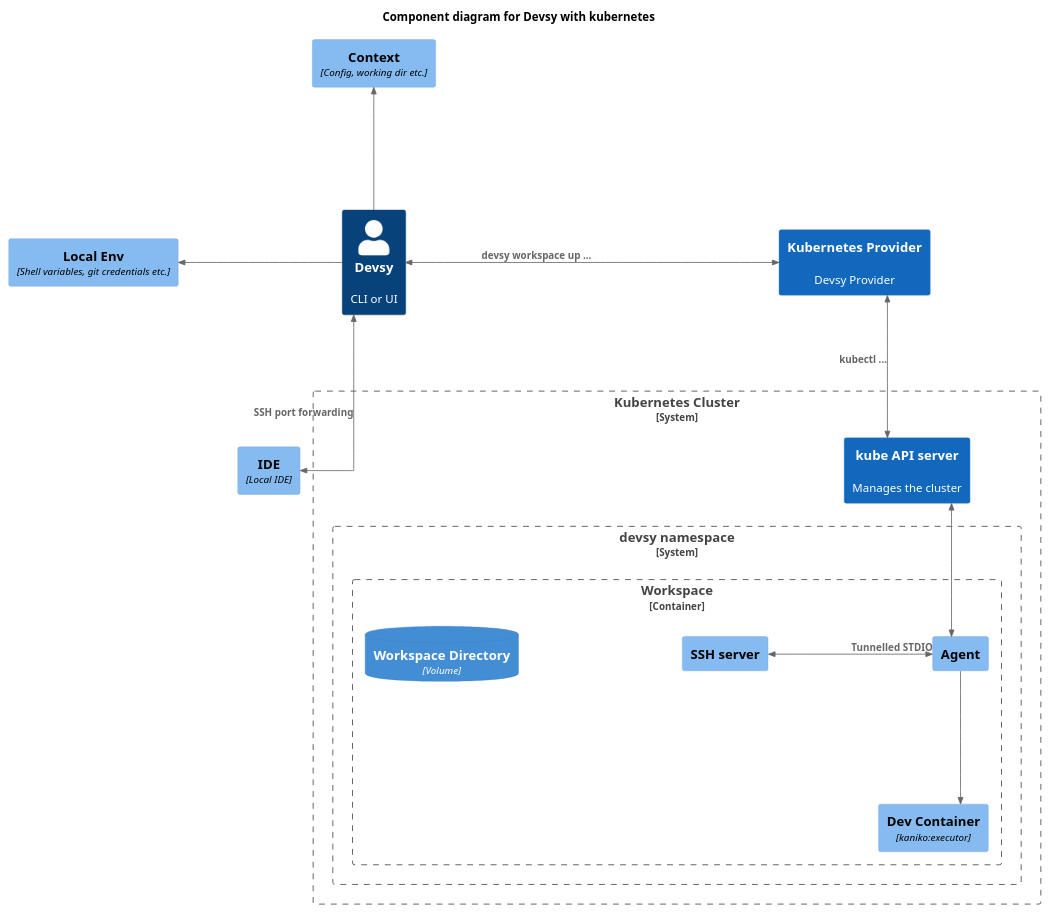
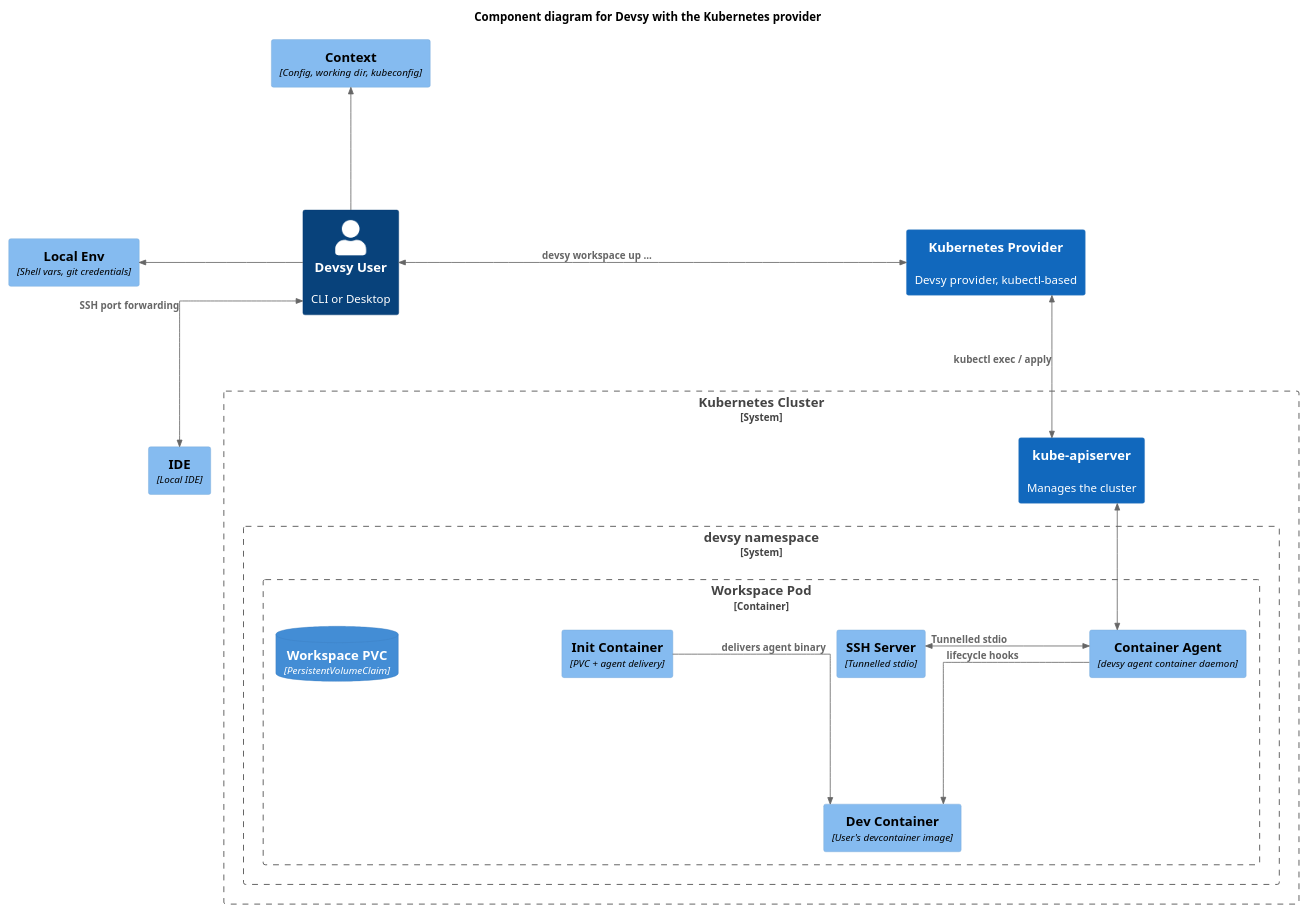
The diagram in docs/uml/c4_k8s.puml (devsy-org/devsy), drawn with PlantUML before and after one commit. The commit also changed 26 other files, not shown here.

First line of the commit message:
refactor: refresh architecture diagrams and scrub upstream loft nomenclature

```diff
--- a/docs/uml/c4_k8s.puml
+++ b/docs/uml/c4_k8s.puml
@@ -1,40 +1,42 @@
 @startuml
 !include https://raw.githubusercontent.com/plantuml-stdlib/C4-PlantUML/master/C4_Component.puml
 
 skinparam linetype ortho
 skinparam nodesep 200
 skinparam ranksep 150
 scale 1920x1080
 
 HIDE_STEREOTYPE()
 LAYOUT_TOP_DOWN()
 
-title Component diagram for Devsy with kubernetes
+title Component diagram for Devsy with the Kubernetes provider
 
-Person(user, "Devsy", "CLI or UI")
-System(prov, "Kubernetes Provider", "Devsy Provider")
+Person(user, "Devsy User", "CLI or Desktop")
+System(prov, "Kubernetes Provider", "Devsy provider, kubectl-based")
 Component(ide, "IDE", "Local IDE")
-Component(ctx, "Context", "Config, working dir etc.")
-Component(env, "Local Env", "Shell variables, git credentials etc.")
+Component(ctx, "Context", "Config, working dir, kubeconfig")
+Component(env, "Local Env", "Shell vars, git credentials")
 
 System_Boundary(cluster, "Kubernetes Cluster") {
-  System(controlPlane, "kube API server", "Manages the cluster")
+  System(controlPlane, "kube-apiserver", "Manages the cluster")
   System_Boundary(ns, "devsy namespace") {
-    Container_Boundary(ws, "Workspace") {
-      Component(runner, "Dev Container", "kaniko:executor")
-      Component(agent, "Agent", "")
-      Component(ssh, "SSH server", "")
-      ContainerDb(dir, "Workspace Directory", "Volume", "")
+    Container_Boundary(ws, "Workspace Pod") {
+      Component(init, "Init Container", "PVC + agent delivery")
+      Component(runner, "Dev Container", "User's devcontainer image")
+      Component(agent, "Container Agent", "devsy agent container daemon")
+      Component(ssh, "SSH Server", "Tunnelled stdio")
+      ContainerDb(dir, "Workspace PVC", "PersistentVolumeClaim", "")
     }
   }
 }
 
 BiRel_Right(user, prov, "devsy workspace up ...")
-BiRel(prov, controlPlane, " kubectl ...")
-BiRel(controlPlane, agent, " ")
-BiRel_Left(agent, ssh, "Tunnelled STDIO")
-Rel(agent, runner, " ")
+BiRel(prov, controlPlane, "kubectl exec / apply")
+BiRel(controlPlane, agent, "")
+BiRel_Left(agent, ssh, "Tunnelled stdio")
+Rel(agent, runner, "lifecycle hooks")
+Rel(init, runner, "delivers agent binary")
 BiRel(user, ide, "SSH port forwarding")
 Rel_Up(user, ctx, "")
 Rel_Left(user, env, "")
 @enduml
```
